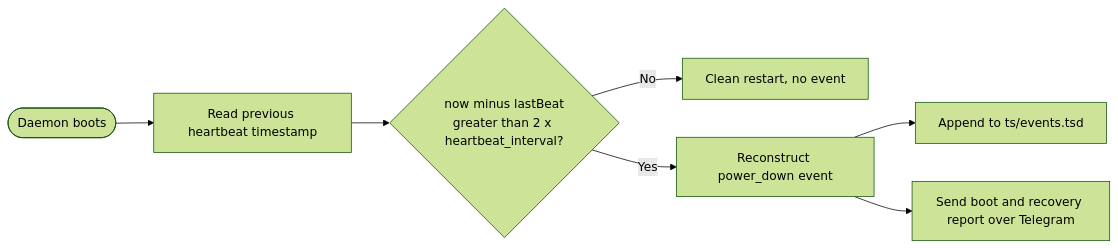
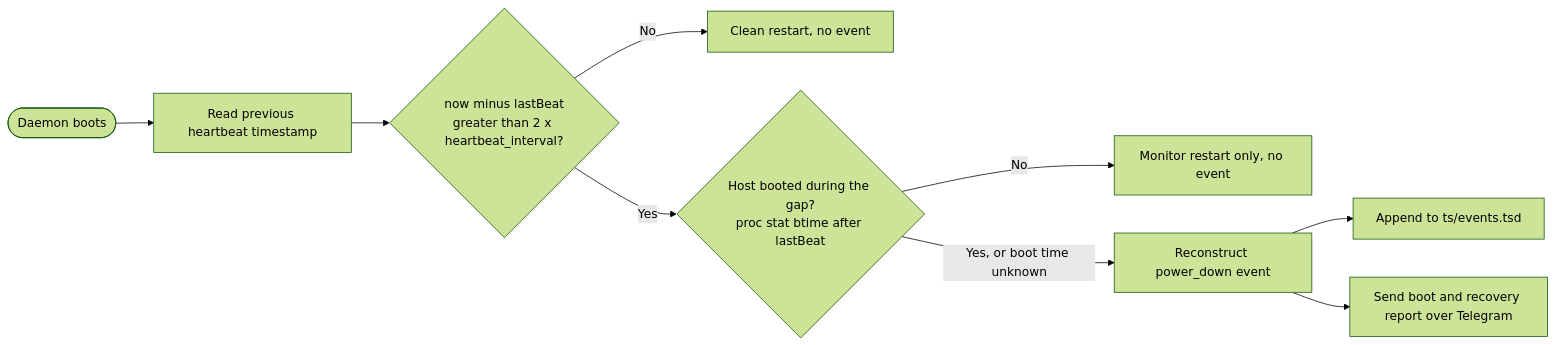
One commit to InfoDiveLabs/trinetra changed the first of 2 diagrams in docs/handbook/07-downtime-and-liveness.md. Above: the diagram before and after it, drawn with Mermaid (forest theme). The commit also changed other lines of this file, not shown here.

Commit message:
docs: update the downtime chapter's reconstructPowerDown snippet + flow to the host-boot classification (#116)

````diff
--- a/docs/handbook/07-downtime-and-liveness.md
+++ b/docs/handbook/07-downtime-and-liveness.md
@@ -127,9 +133,11 @@
 ```mermaid
 flowchart LR
   boot([Daemon boots]) --> read[Read previous heartbeat timestamp]
   read --> gap{now minus lastBeat<br/>greater than 2 x heartbeat_interval?}
   gap -->|No| normal[Clean restart, no event]
-  gap -->|Yes| ev[Reconstruct power_down event]
+  gap -->|Yes| hostup{Host booted during the gap?<br/>proc stat btime after lastBeat}
+  hostup -->|No| monitor[Monitor restart only, no event]
+  hostup -->|Yes, or boot time unknown| ev[Reconstruct power_down event]
   ev --> storeev[Append to ts/events.tsd]
   ev --> report[Send boot and recovery report over Telegram]
 ```
````
